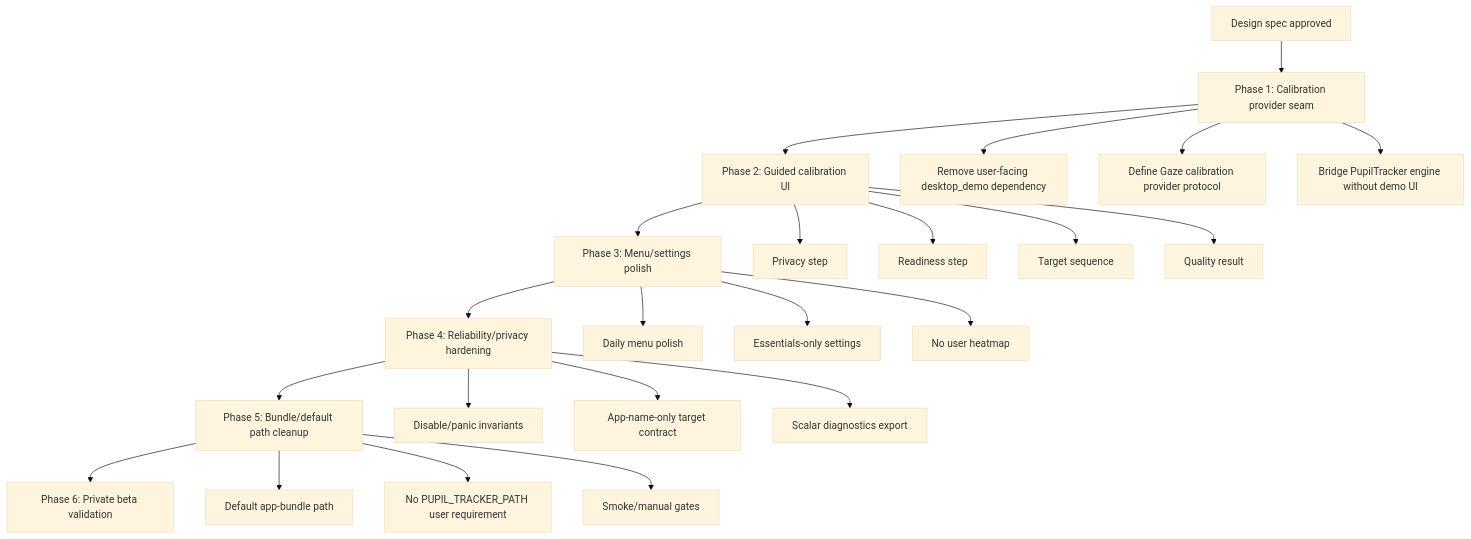
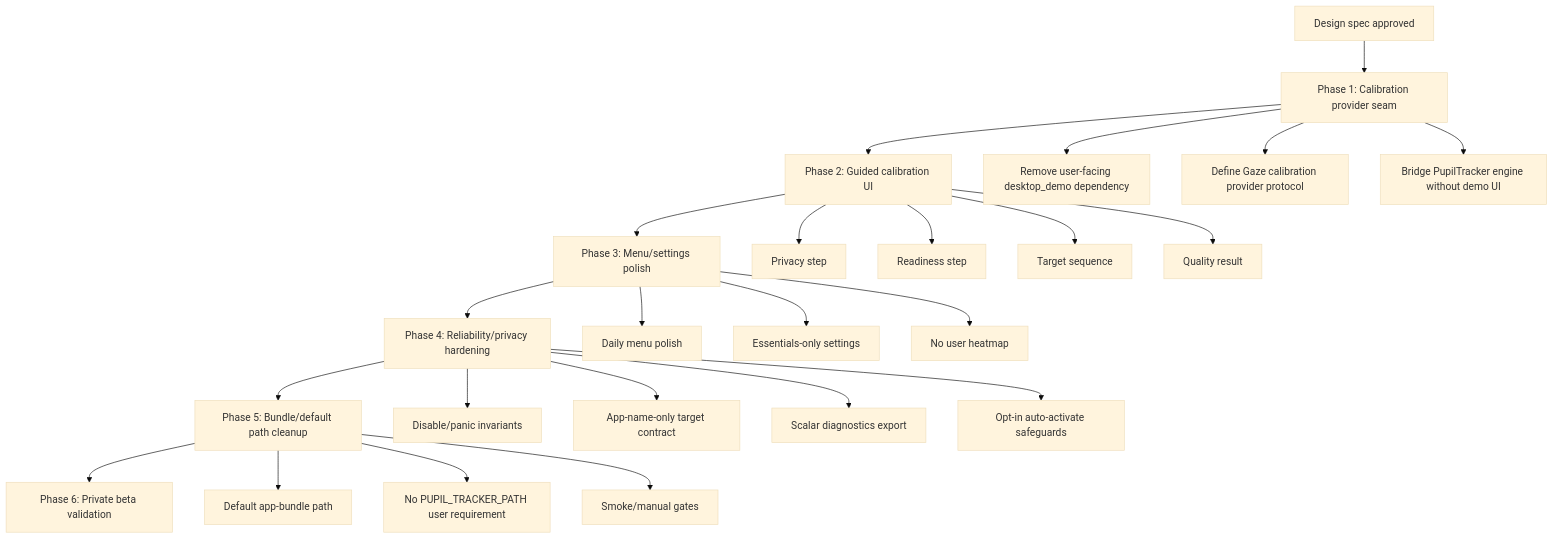
One commit to sagebynature/gaze changed the diagram in docs/plans/2026-05-17-private-daily-driver-beta-action-plan.md. Above: the diagram before and after it, drawn with Mermaid (base theme). The commit also changed other lines of this file and 1 other file, not shown here.

First line of the commit message:
Include opt-in auto activation in beta scope

````diff
--- a/docs/plans/2026-05-17-private-daily-driver-beta-action-plan.md
+++ b/docs/plans/2026-05-17-private-daily-driver-beta-action-plan.md
@@ -40,30 +40,31 @@
 ```mermaid
 graph TD
     A[Design spec approved] --> B[Phase 1: Calibration provider seam]
     B --> C[Phase 2: Guided calibration UI]
     C --> D[Phase 3: Menu/settings polish]
     D --> E[Phase 4: Reliability/privacy hardening]
     E --> F[Phase 5: Bundle/default path cleanup]
     F --> G[Phase 6: Private beta validation]
 
     B --> B1[Remove user-facing desktop_demo dependency]
     B --> B2[Define Gaze calibration provider protocol]
     B --> B3[Bridge PupilTracker engine without demo UI]
 
     C --> C1[Privacy step]
     C --> C2[Readiness step]
     C --> C3[Target sequence]
     C --> C4[Quality result]
 
     D --> D1[Daily menu polish]
     D --> D2[Essentials-only settings]
     D --> D3[No user heatmap]
 
     E --> E1[Disable/panic invariants]
     E --> E2[App-name-only target contract]
     E --> E3[Scalar diagnostics export]
+    E --> E4[Opt-in auto-activate safeguards]
 
     F --> F1[Default app-bundle path]
     F --> F2[No PUPIL_TRACKER_PATH user requirement]
     F --> F3[Smoke/manual gates]
 ```
````
